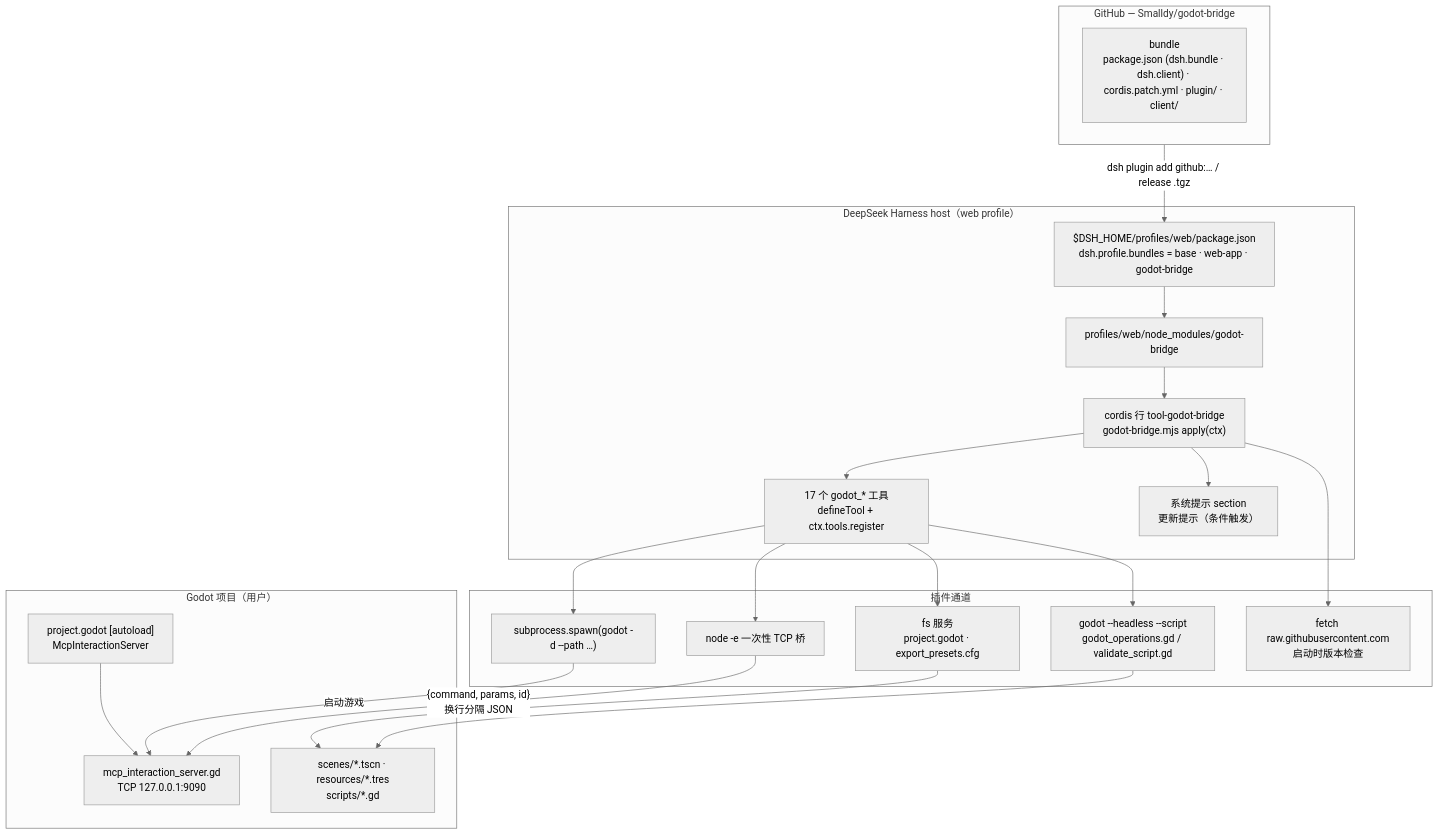
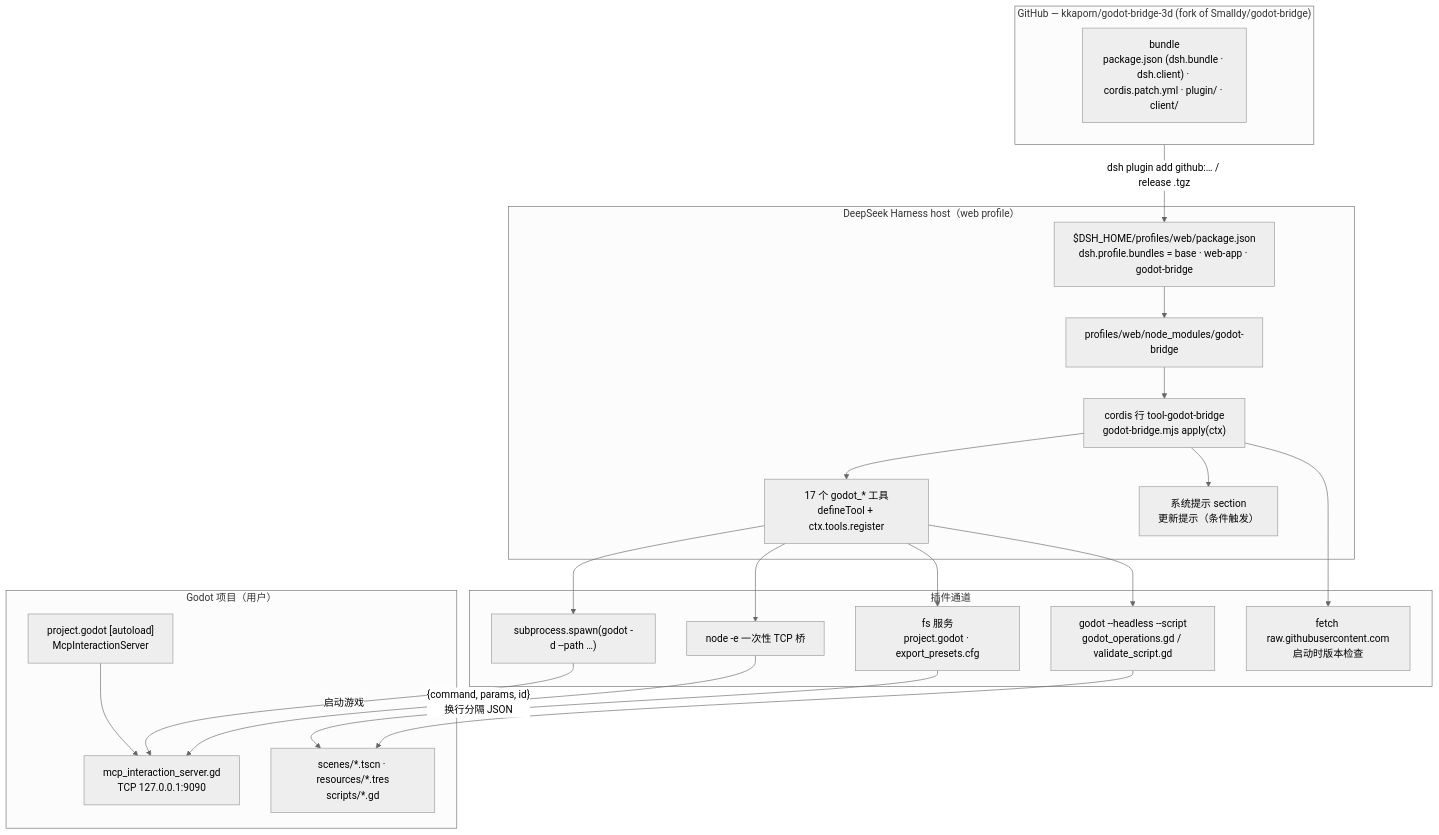
One commit to kkaporn/godot-bridge-3d changed the second of 5 diagrams in ARCHITECTURE.zh-CN.md. Above: the diagram before and after it, drawn with Mermaid (neutral theme). The commit also changed 5 other files, not shown here.

````diff
--- a/ARCHITECTURE.zh-CN.md
+++ b/ARCHITECTURE.zh-CN.md
@@ -73,44 +73,44 @@
 ```mermaid
 flowchart TB
-    subgraph GITHUB["GitHub — Smalldy/godot-bridge"]
+    subgraph GITHUB["GitHub — kkaporn/godot-bridge-3d (fork of Smalldy/godot-bridge)"]
         REPO["bundle<br/>package.json (dsh.bundle · dsh.client) · cordis.patch.yml · plugin/ · client/"]
     end
 
     subgraph DSH["DeepSeek Harness host（web profile）"]
         PROFILE["$DSH_HOME/profiles/web/package.json<br/>dsh.profile.bundles = base · web-app · godot-bridge"]
         NODE["profiles/web/node_modules/godot-bridge"]
         PLUGIN["cordis 行 tool-godot-bridge<br/>godot-bridge.mjs apply(ctx)"]
         TOOLS["17 个 godot_* 工具<br/>defineTool + ctx.tools.register"]
         PROMPT["系统提示 section<br/>更新提示（条件触发）"]
     end
 
     subgraph CHANNELS["插件通道"]
         BRIDGE["node -e 一次性 TCP 桥"]
         HEADLESS["godot --headless --script<br/>godot_operations.gd / validate_script.gd"]
         PROC["subprocess.spawn(godot -d --path …)"]
         FILE["fs 服务<br/>project.godot · export_presets.cfg"]
         NET["fetch raw.githubusercontent.com<br/>启动时版本检查"]
     end
 
     subgraph GAME["Godot 项目（用户）"]
         AUTOLOAD["project.godot [autoload]<br/>McpInteractionServer"]
         SERVER["mcp_interaction_server.gd<br/>TCP 127.0.0.1:9090"]
         SFILES["scenes/*.tscn · resources/*.tres<br/>scripts/*.gd"]
     end
 
     GITHUB -->|"dsh plugin add github:… / release .tgz"| PROFILE
     PROFILE --> NODE
     NODE --> PLUGIN
     PLUGIN --> TOOLS
     PLUGIN --> PROMPT
     TOOLS --> BRIDGE
     BRIDGE -->|"{command, params, id}<br/>换行分隔 JSON"| SERVER
     TOOLS --> HEADLESS
     HEADLESS --> SFILES
     TOOLS --> PROC
     PROC -->|"启动游戏"| SERVER
     TOOLS --> FILE
     FILE --> SFILES
     PLUGIN --> NET
     AUTOLOAD --> SERVER
 ```
````
